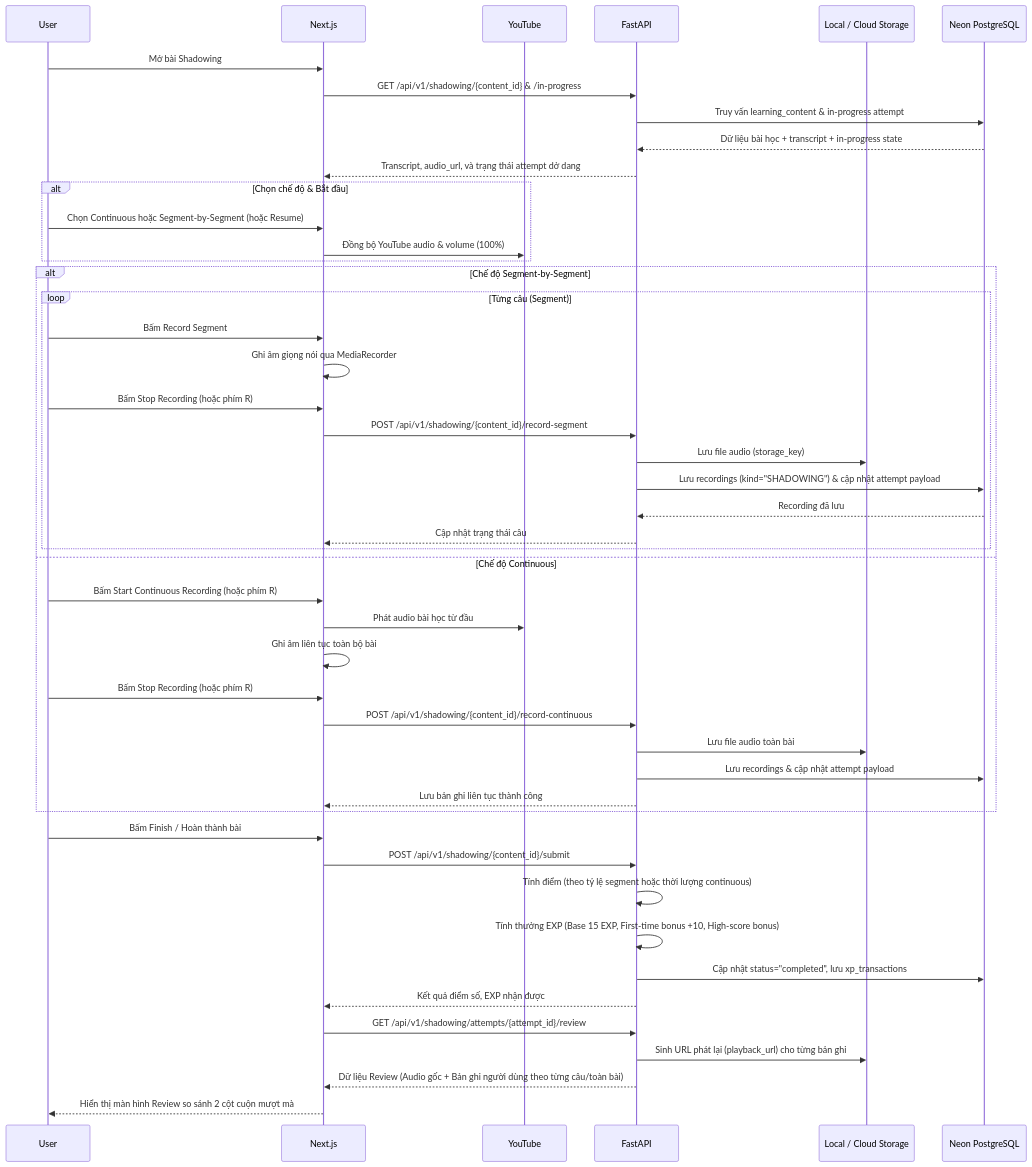
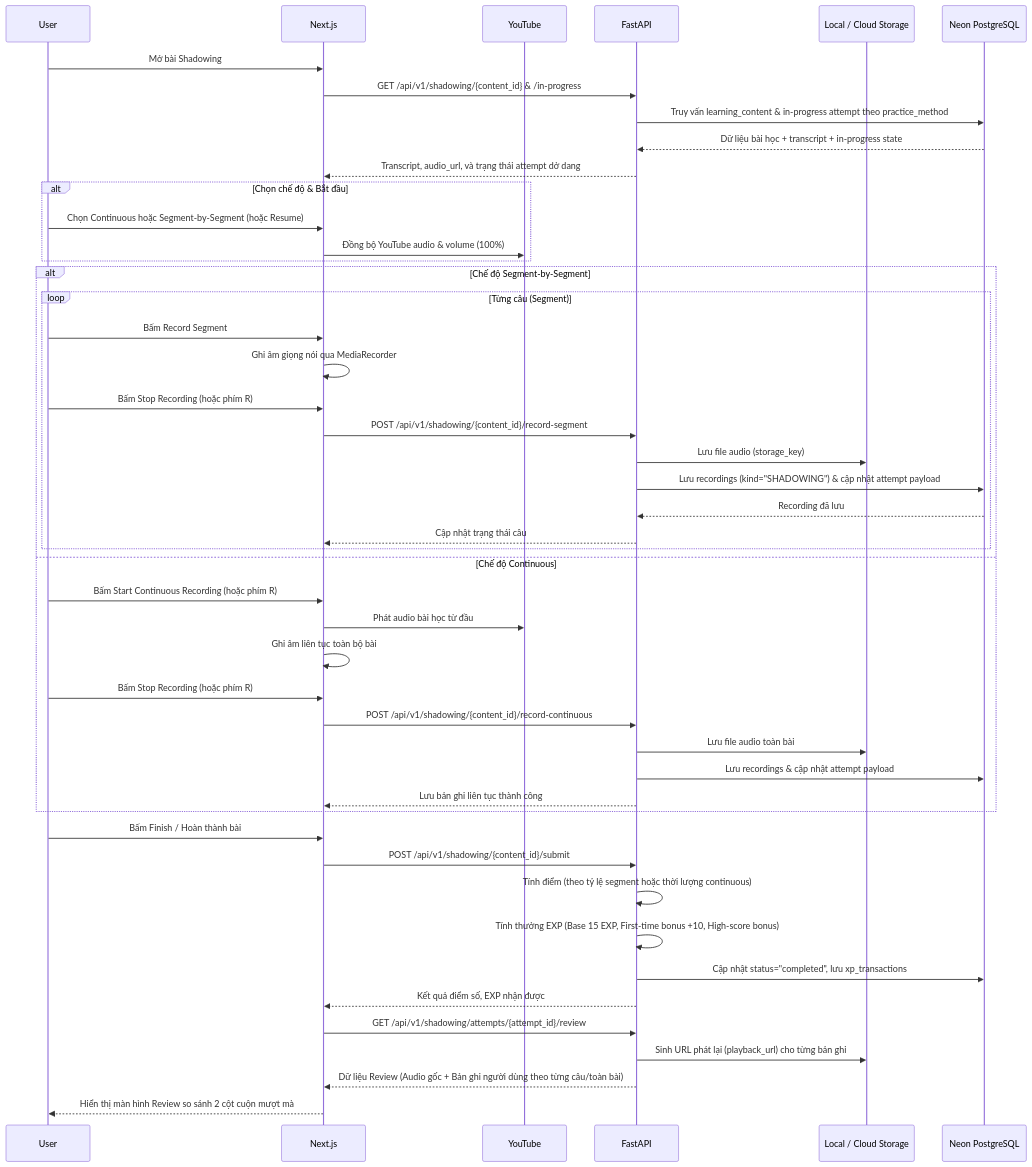
Before and after one commit to mrthinh307/kaiwa-up: the third of 7 diagrams in docs/04-architecture.md, drawn with Mermaid. The commit also changed 14 other files, not shown here.

Commit message:
feat(practice): enforce method-aware attempt lifecycle

````diff
--- a/docs/04-architecture.md
+++ b/docs/04-architecture.md
@@ -440,54 +440,54 @@
 ```mermaid
 sequenceDiagram
     participant U as User
     participant FE as Next.js
     participant YT as YouTube
     participant BE as FastAPI
     participant Storage as Local / Cloud Storage
     participant DB as Neon PostgreSQL
 
     U->>FE: Mở bài Shadowing
     FE->>BE: GET /api/v1/shadowing/{content_id} & /in-progress
-    BE->>DB: Truy vấn learning_content & in-progress attempt
+    BE->>DB: Truy vấn learning_content & in-progress attempt theo practice_method
     DB-->>BE: Dữ liệu bài học + transcript + in-progress state
     BE-->>FE: Transcript, audio_url, và trạng thái attempt dở dang
 
     alt Chọn chế độ & Bắt đầu
         U->>FE: Chọn Continuous hoặc Segment-by-Segment (hoặc Resume)
         FE->>YT: Đồng bộ YouTube audio & volume (100%)
     end
 
     alt Chế độ Segment-by-Segment
         loop Từng câu (Segment)
             U->>FE: Bấm Record Segment #i (hoặc phím R)
             FE->>FE: Ghi âm giọng nói qua MediaRecorder
             U->>FE: Bấm Stop Recording (hoặc phím R)
             FE->>BE: POST /api/v1/shadowing/{content_id}/record-segment
             BE->>Storage: Lưu file audio (storage_key)
             BE->>DB: Lưu recordings (kind="SHADOWING") & cập nhật attempt payload
             DB-->>BE: Recording đã lưu
             BE-->>FE: Cập nhật trạng thái câu #i đã ghi âm
         end
     else Chế độ Continuous
         U->>FE: Bấm Start Continuous Recording (hoặc phím R)
         FE->>YT: Phát audio bài học từ đầu
         FE->>FE: Ghi âm liên tục toàn bộ bài
         U->>FE: Bấm Stop Recording (hoặc phím R)
         FE->>BE: POST /api/v1/shadowing/{content_id}/record-continuous
         BE->>Storage: Lưu file audio toàn bài
         BE->>DB: Lưu recordings & cập nhật attempt payload
         BE-->>FE: Lưu bản ghi liên tục thành công
     end
 
     U->>FE: Bấm Finish / Hoàn thành bài
     FE->>BE: POST /api/v1/shadowing/{content_id}/submit
     BE->>BE: Tính điểm (theo tỷ lệ segment hoặc thời lượng continuous)
     BE->>BE: Tính thưởng EXP (Base 15 EXP, First-time bonus +10, High-score bonus)
     BE->>DB: Cập nhật status="completed", lưu xp_transactions
     BE-->>FE: Kết quả điểm số, EXP nhận được
 
     FE->>BE: GET /api/v1/shadowing/attempts/{attempt_id}/review
     BE->>Storage: Sinh URL phát lại (playback_url) cho từng bản ghi
     BE-->>FE: Dữ liệu Review (Audio gốc + Bản ghi người dùng theo từng câu/toàn bài)
     FE-->>U: Hiển thị màn hình Review so sánh 2 cột cuộn mượt mà
 ```
````
